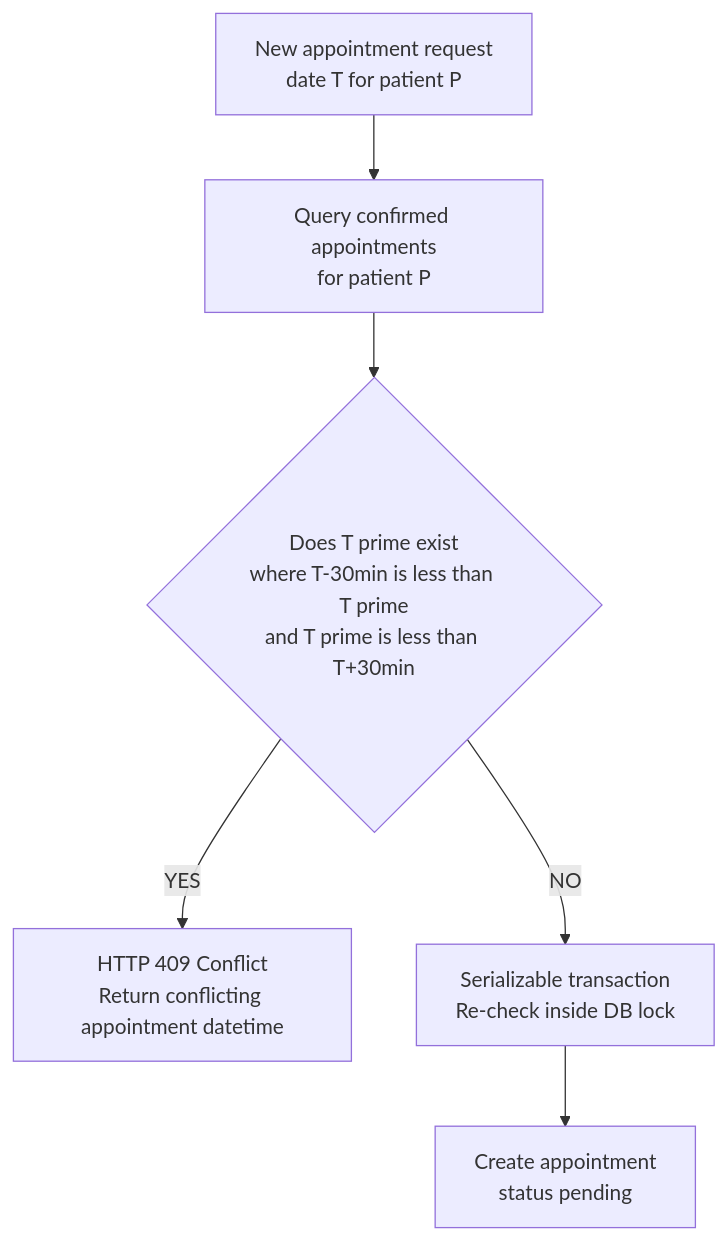
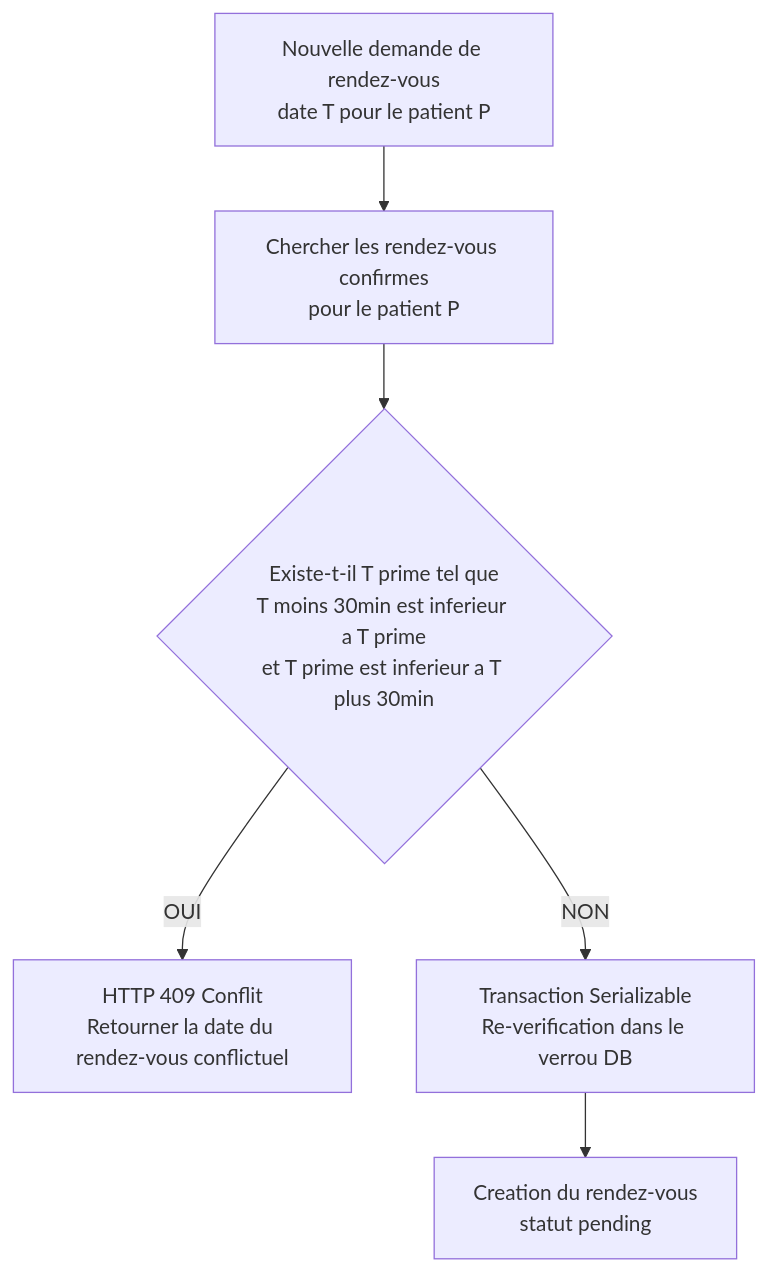
The third of 5 diagrams in README.md (Ayoub-glitsh/clinicflow-pern), drawn with Mermaid before and after one commit. The commit also changed other lines of this file, not shown here.

````diff
--- a/README.md
+++ b/README.md
@@ -195,8 +160,8 @@
 ```mermaid
 flowchart TD
-    A[New appointment request\ndate T for patient P] --> B[Query confirmed appointments\nfor patient P]
-    B --> C{Does T prime exist\nwhere T-30min is less than T prime\nand T prime is less than T+30min}
-    C -->|YES| D[HTTP 409 Conflict\nReturn conflicting appointment datetime]
-    C -->|NO| E[Serializable transaction\nRe-check inside DB lock]
-    E --> F[Create appointment\nstatus pending]
+    A[Nouvelle demande de rendez-vous\ndate T pour le patient P] --> B[Chercher les rendez-vous confirmes\npour le patient P]
+    B --> C{Existe-t-il T prime tel que\nT moins 30min est inferieur a T prime\net T prime est inferieur a T plus 30min}
+    C -->|OUI| D[HTTP 409 Conflit\nRetourner la date du rendez-vous conflictuel]
+    C -->|NON| E[Transaction Serializable\nRe-verification dans le verrou DB]
+    E --> F[Creation du rendez-vous\nstatut pending]
 ```
````
